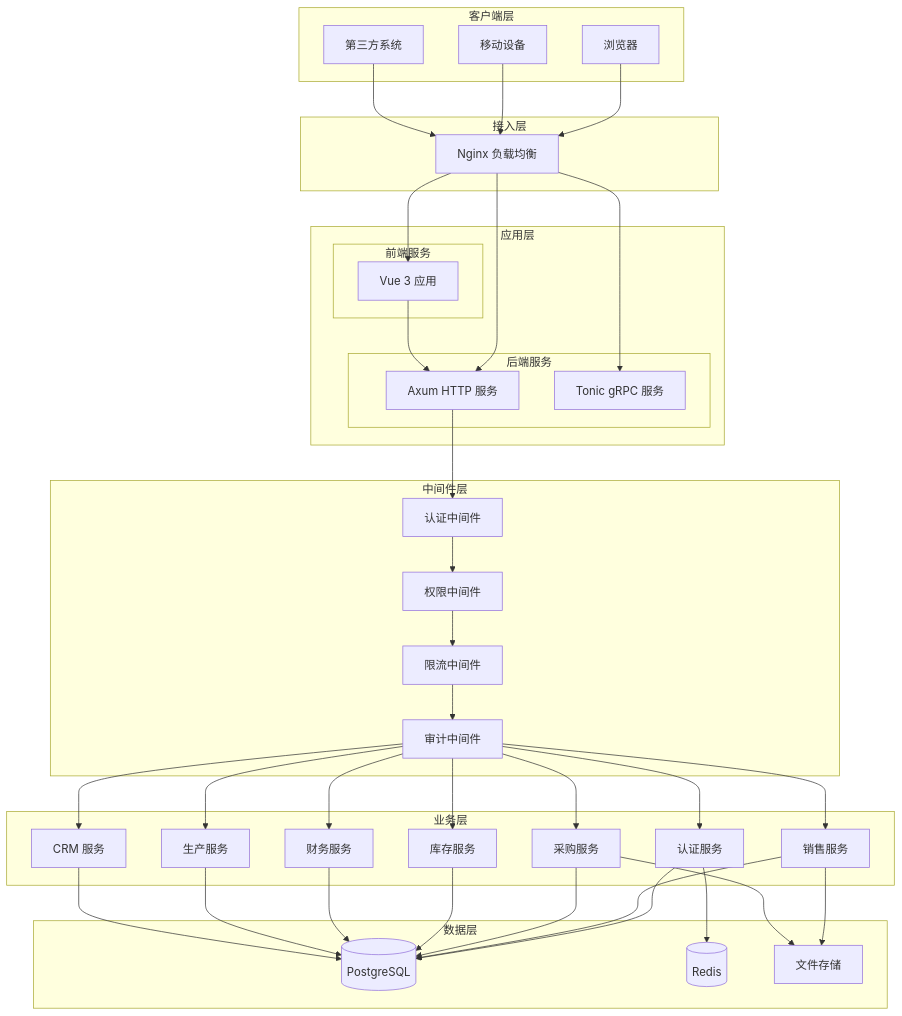
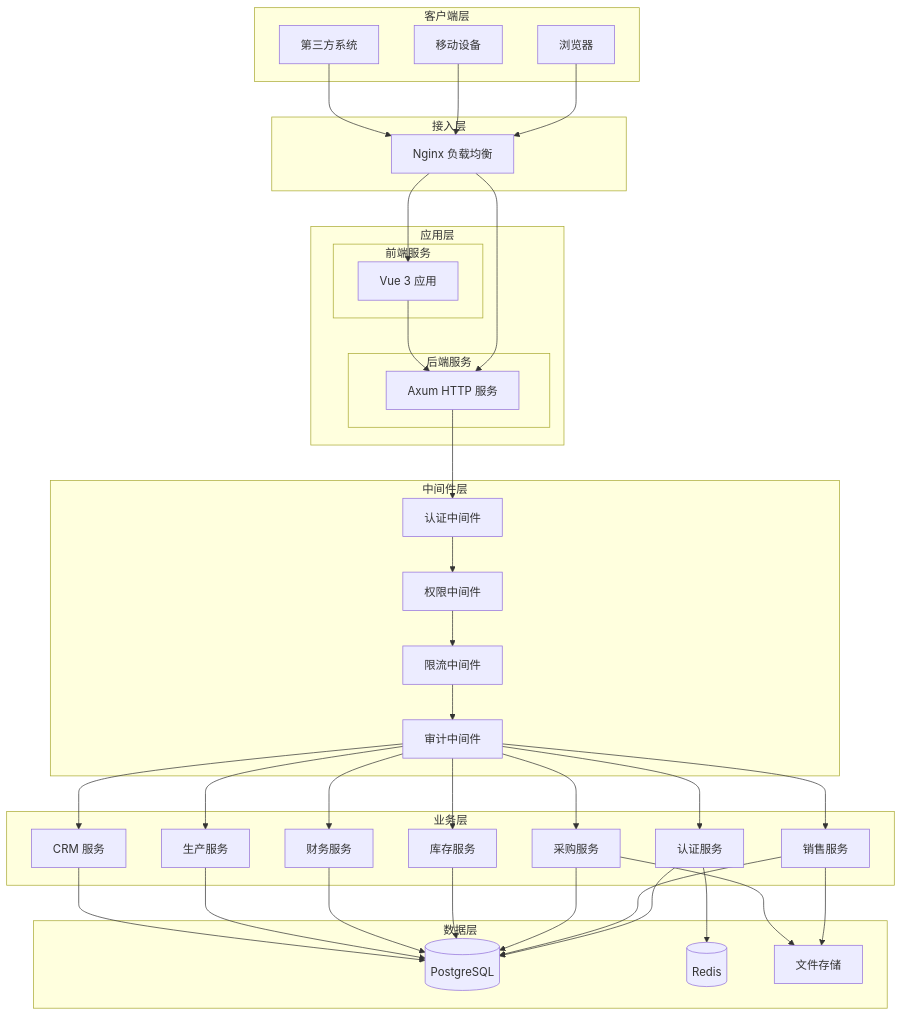
The first of 3 diagrams in .monkeycode/docs/ARCHITECTURE.md (57231307/1), drawn with Mermaid before and after one commit. The commit also changed other lines of this file and 407 other files, not shown here.

````diff
--- a/.monkeycode/docs/ARCHITECTURE.md
+++ b/.monkeycode/docs/ARCHITECTURE.md
@@ -141,80 +139,78 @@
 ```mermaid
 flowchart TB
     subgraph "客户端层"
         Browser[浏览器]
         Mobile[移动设备]
         ThirdParty[第三方系统]
     end
 
     subgraph "接入层"
         Nginx[Nginx 负载均衡]
     end
 
     subgraph "应用层"
         subgraph "前端服务"
             VueApp[Vue 3 应用]
         end
         subgraph "后端服务"
             AxumHTTP[Axum HTTP 服务]
-            TonicGRPC[Tonic gRPC 服务]
         end
     end
 
     subgraph "中间件层"
         Auth[认证中间件]
         Permission[权限中间件]
         RateLimit[限流中间件]
         Audit[审计中间件]
     end
 
     subgraph "业务层"
         AuthService[认证服务]
         SalesService[销售服务]
         PurchaseService[采购服务]
         InventoryService[库存服务]
         FinanceService[财务服务]
         ProductionService[生产服务]
         CRMService[CRM 服务]
     end
 
     subgraph "数据层"
         PostgreSQL[(PostgreSQL)]
         Redis[(Redis)]
         FileStorage[文件存储]
     end
 
     Browser --> Nginx
     Mobile --> Nginx
     ThirdParty --> Nginx
     
     Nginx --> VueApp
     Nginx --> AxumHTTP
-    Nginx --> TonicGRPC
     
     VueApp --> AxumHTTP
     
     AxumHTTP --> Auth
     Auth --> Permission
     Permission --> RateLimit
     RateLimit --> Audit
     
     Audit --> AuthService
     Audit --> SalesService
     Audit --> PurchaseService
     Audit --> InventoryService
     Audit --> FinanceService
     Audit --> ProductionService
     Audit --> CRMService
     
     AuthService --> PostgreSQL
     AuthService --> Redis
     SalesService --> PostgreSQL
     PurchaseService --> PostgreSQL
     InventoryService --> PostgreSQL
     FinanceService --> PostgreSQL
     ProductionService --> PostgreSQL
     CRMService --> PostgreSQL
     
     SalesService --> FileStorage
     PurchaseService --> FileStorage
 ```
````
